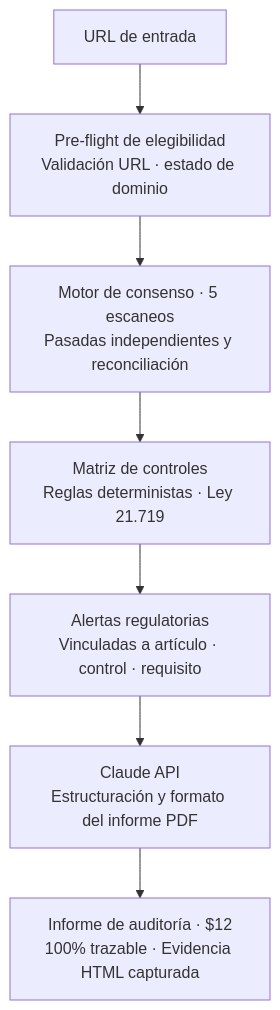
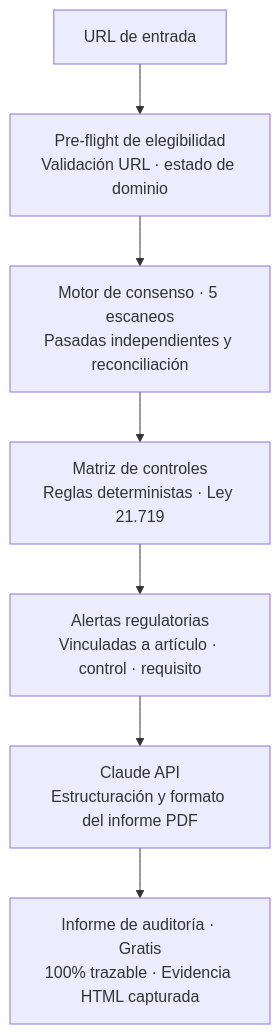
Before and after one commit to ibaifernandez/aglaya.biz: the second of 3 diagrams in src/content/proof/legal-reg-tech.md, drawn with Mermaid. The commit also changed other lines of this file, not shown here.

````diff
--- a/src/content/proof/legal-reg-tech.md
+++ b/src/content/proof/legal-reg-tech.md
@@ -126,9 +126,9 @@
   ```mermaid
   flowchart TD
     A["URL de entrada"] --> B["Pre-flight de elegibilidad\nValidación URL · estado de dominio"]
     B --> C["Motor de consenso · 5 escaneos\nPasadas independientes y reconciliación"]
     C --> D["Matriz de controles\nReglas deterministas · Ley 21.719"]
     D --> E["Alertas regulatorias\nVinculadas a artículo · control · requisito"]
     E --> F["Claude API\nEstructuración y formato del informe PDF"]
-    F --> G["Informe de auditoría · $12\n100% trazable · Evidencia HTML capturada"]
+    F --> G["Informe de auditoría · Gratis\n100% trazable · Evidencia HTML capturada"]
   ```
````
